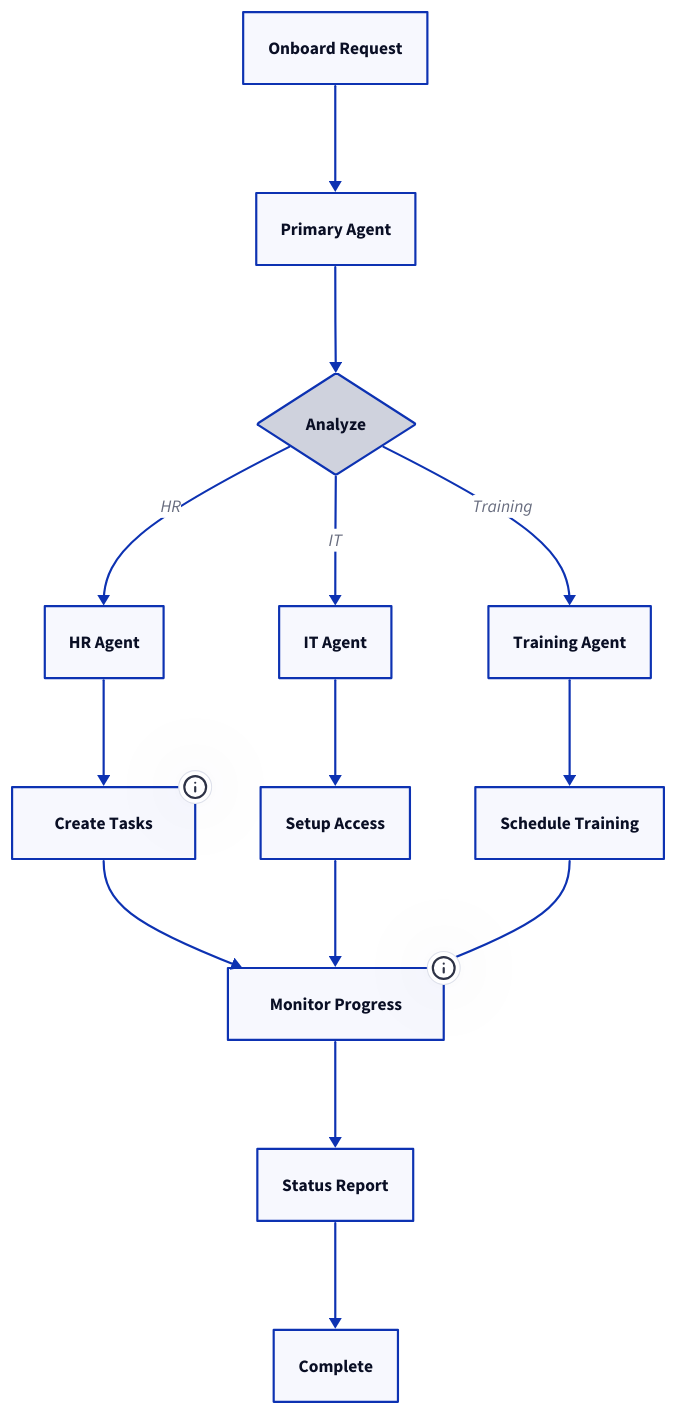
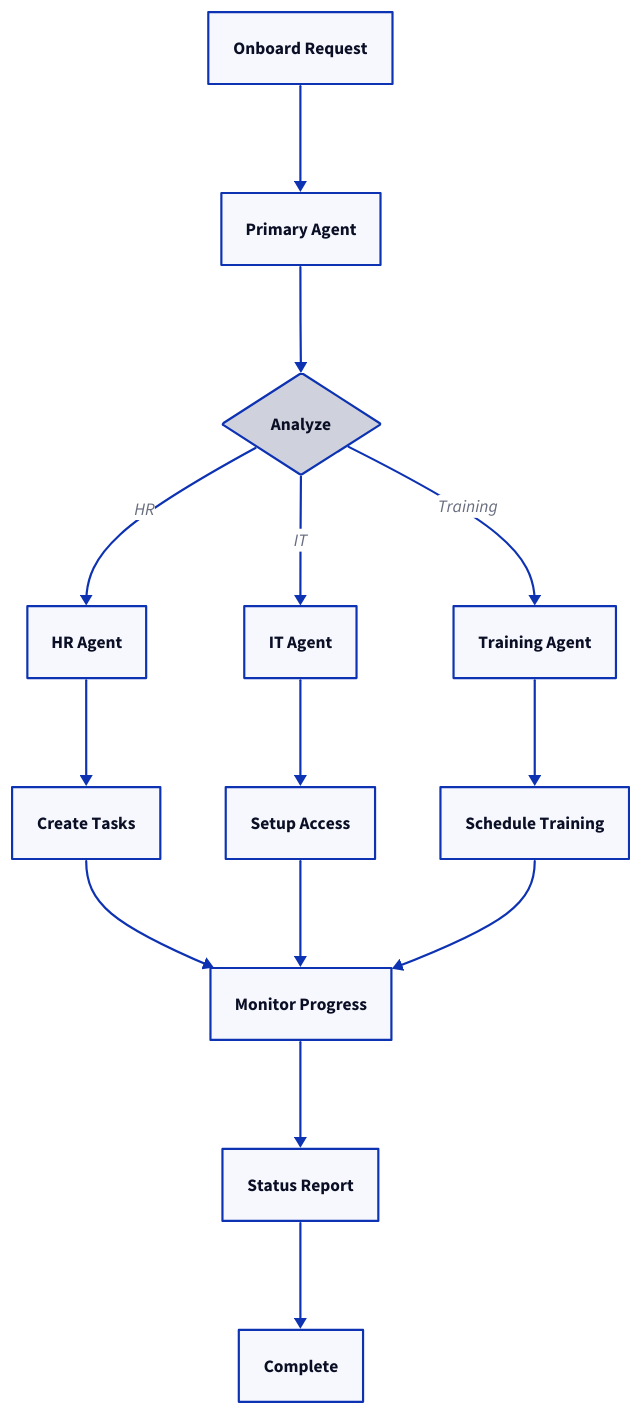
Before and after one commit to tallyfy/documentation: the second of 3 diagrams in src/content/docs/pro/integrations/mcp-server/microsoft-copilot-studio/index.mdx, drawn with D2. The commit also changed other lines of this file and 35 other files, not shown here.

First line of the commit message:
Remove .link and .tooltip properties from D2 diagrams

````diff
--- a/src/content/docs/pro/integrations/mcp-server/microsoft-copilot-studio/index.mdx
+++ b/src/content/docs/pro/integrations/mcp-server/microsoft-copilot-studio/index.mdx
@@ -89,48 +89,45 @@
 ```d2
 Analyze: "Analyze"
 End: "End"
 HR: "HR"
 HR1: "HR1"
 IT: "IT"
 IT1: "IT1"
 Monitor: "Monitor"
 Primary: "Primary"
 Start: "Start"
 Status: "Status"
 T1: "T1"
 Train: "Train"
 Start: Onboard Request {shape: rectangle}
 Primary: Primary Agent {shape: rectangle}
 Analyze: Analyze {shape: diamond}
 HR: HR Agent {shape: rectangle}
 IT: IT Agent {shape: rectangle}
 Train: Training Agent {shape: rectangle}
 HR1: Create Tasks {shape: rectangle}
 IT1: Setup Access {shape: rectangle}
 T1: Schedule Training {shape: rectangle}
 Monitor: Monitor Progress {shape: rectangle}
 Status: Status Report {shape: rectangle}
 End: Complete {shape: rectangle}
 
 Start -> Primary
 Primary -> Analyze
 
 Analyze -> HR: HR
 Analyze -> IT: IT
 Analyze -> Train: Training
 
 HR -> HR1
 IT -> IT1
 Train -> T1
 
 HR1 -> Monitor
 IT1 -> Monitor
 T1 -> Monitor
 
 Monitor -> Status
 Status -> End
 
-# Links (represented as tooltips)
-HR1.tooltip: Task management - /products/pro/tracking-and-tasks/tasks/index/
-Monitor.tooltip: Process tracking - /products/pro/tracking-and-tasks/tracker-view/index/
 ```
````
